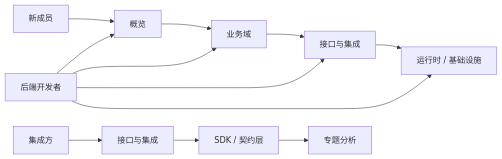
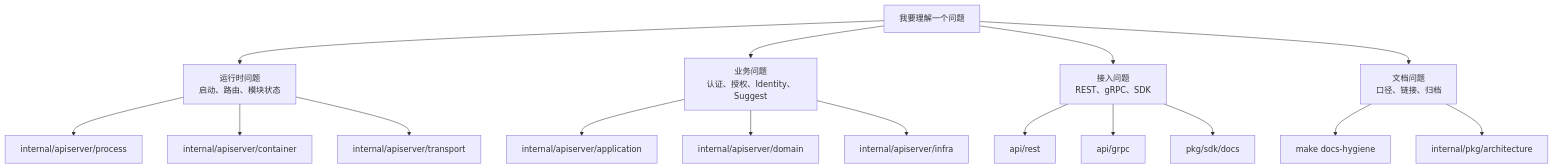
One commit to FangcunMount/iam changed the first of 5 diagrams in docs/00-概览/03-阅读路径&代码组织与事实来源.md. Above: the diagram before and after it, drawn with Mermaid. The commit also changed other lines of this file and 61 other files, not shown here.

````diff
--- a/docs/00-概览/03-阅读路径&代码组织与事实来源.md
+++ b/docs/00-概览/03-阅读路径&代码组织与事实来源.md
@@ -37,16 +17,28 @@
 ```mermaid
-flowchart LR
-    Newcomer["新成员"] --> Overview["概览"]
-    Overview --> Domain["业务域"]
-    Domain --> Interface["接口与集成"]
-    Interface --> Runtime["运行时 / 基础设施"]
+flowchart TD
+    Question["我要理解一个问题"]
+    Runtime["运行时问题\n启动、路由、模块状态"]
+    Domain["业务问题\n认证、授权、Identity、Suggest"]
+    Integration["接入问题\nREST、gRPC、SDK"]
+    Docs["文档问题\n口径、链接、归档"]
 
-    Backend["后端开发者"] --> Overview
-    Backend --> Domain
-    Backend --> Interface
-    Backend --> Runtime
+    Question --> Runtime
+    Question --> Domain
+    Question --> Integration
+    Question --> Docs
 
-    Integrator["集成方"] --> IntegrationOnly["接口与集成"]
-    IntegrationOnly --> SDK["SDK / 契约层"]
-    SDK --> Topic["专题分析"]
+    Runtime --> Process["internal/apiserver/process"]
+    Runtime --> Container["internal/apiserver/container"]
+    Runtime --> Transport["internal/apiserver/transport"]
+
+    Domain --> Application["internal/apiserver/application"]
+    Domain --> DomainLayer["internal/apiserver/domain"]
+    Domain --> Infra["internal/apiserver/infra"]
+
+    Integration --> REST["api/rest"]
+    Integration --> GRPC["api/grpc"]
+    Integration --> SDK["pkg/sdk/docs"]
+
+    Docs --> Hygiene["make docs-hygiene"]
+    Docs --> ArchTest["internal/pkg/architecture"]
 ```
````
